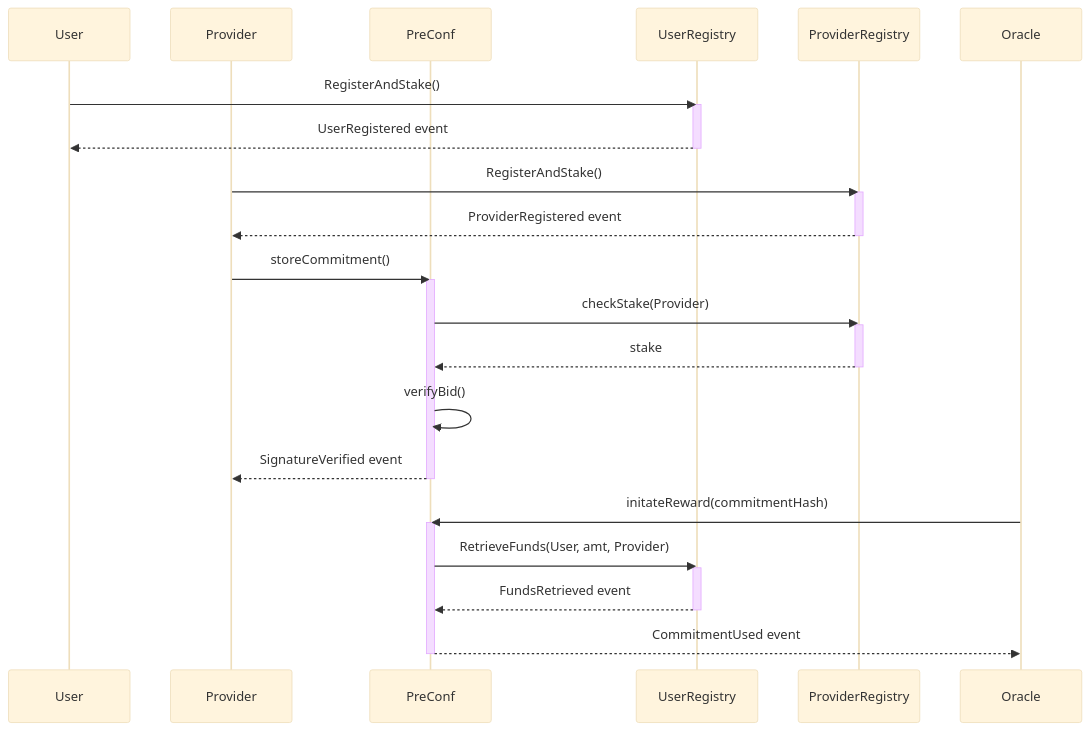
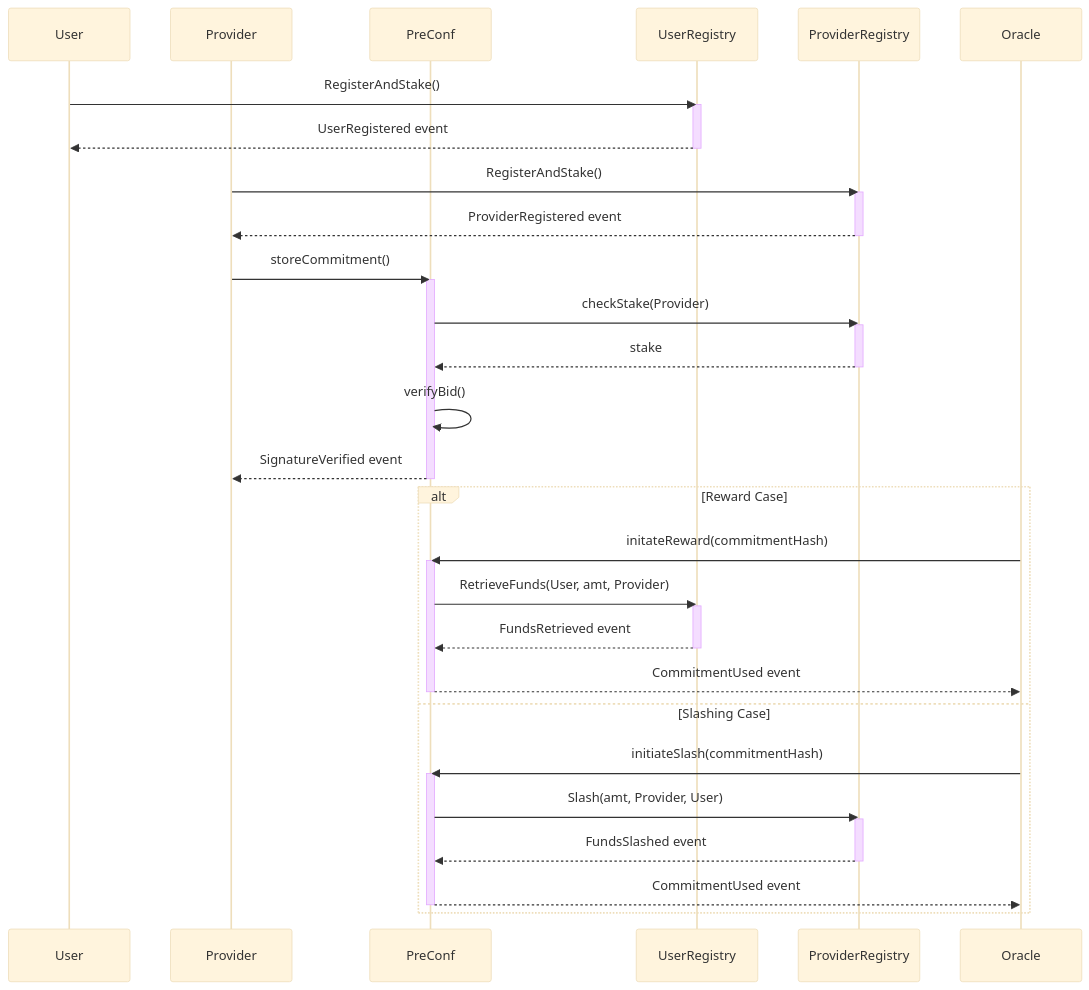
Before and after one commit to primev/contracts: the diagram in README.md, drawn with Mermaid (base theme). The commit also changed other lines of this file and 1 other file, not shown here.

Commit message:
Adds details about slashing to mermaid digram.

````diff
--- a/README.md
+++ b/README.md
@@ -59,41 +58,54 @@
 ```mermaid
 sequenceDiagram
     participant User
     participant Provider
     participant PreConf
     participant UserRegistry
     participant ProviderRegistry
     participant Oracle
 
     User->>UserRegistry: RegisterAndStake()
     activate UserRegistry
     UserRegistry-->>User: UserRegistered event
     deactivate UserRegistry
 
     Provider->>ProviderRegistry: RegisterAndStake()
     activate ProviderRegistry
     ProviderRegistry-->>Provider: ProviderRegistered event
     deactivate ProviderRegistry
 
     Provider->>PreConf: storeCommitment()
     activate PreConf
     PreConf->>ProviderRegistry: checkStake(Provider)
     activate ProviderRegistry
     ProviderRegistry-->>PreConf: stake
     deactivate ProviderRegistry
 
     PreConf->>PreConf: verifyBid()
     PreConf-->>Provider: SignatureVerified event
     deactivate PreConf
 
-    Oracle->>PreConf: initateReward(commitmentHash)
-    activate PreConf
-    PreConf->>UserRegistry: RetrieveFunds(User, amt, Provider)
-    activate UserRegistry
-    UserRegistry-->>PreConf: FundsRetrieved event
-    deactivate UserRegistry
+    alt Reward Case
+        Oracle->>PreConf: initateReward(commitmentHash)
+        activate PreConf
+        PreConf->>UserRegistry: RetrieveFunds(User, amt, Provider)
+        activate UserRegistry
+        UserRegistry-->>PreConf: FundsRetrieved event
+        deactivate UserRegistry
 
-    PreConf-->>Oracle: CommitmentUsed event
-    deactivate PreConf
+        PreConf-->>Oracle: CommitmentUsed event
+        deactivate PreConf
+
+    else Slashing Case
+        Oracle->>PreConf: initiateSlash(commitmentHash)
+        activate PreConf
+        PreConf->>ProviderRegistry: Slash(amt, Provider, User)
+        activate ProviderRegistry
+        ProviderRegistry-->>PreConf: FundsSlashed event
+        deactivate ProviderRegistry
+
+        PreConf-->>Oracle: CommitmentUsed event
+        deactivate PreConf
+    end
 
 ```
````
